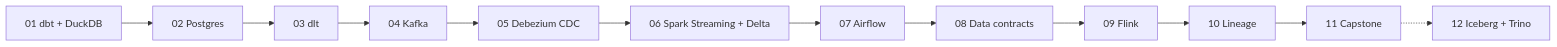
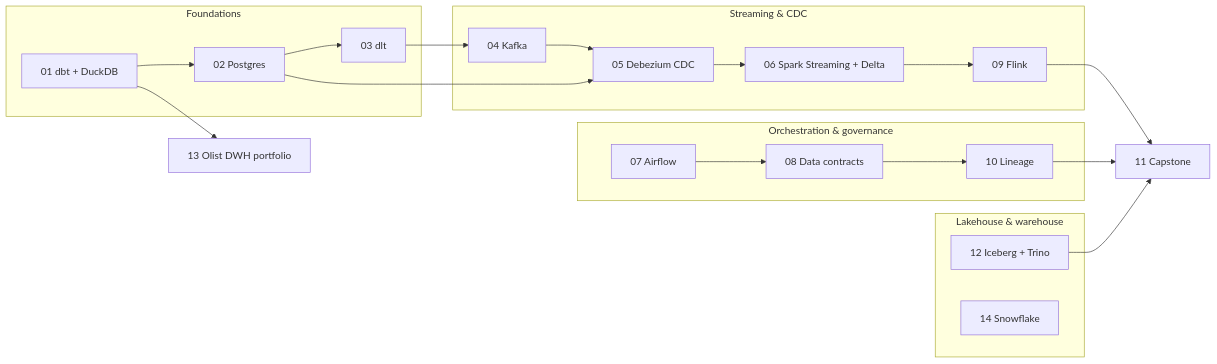
The diagram in README.md (lucasfazzib/data-engineering-lab), drawn with Mermaid before and after one commit. The commit also changed other lines of this file and 3 other files, not shown here.

````diff
--- a/README.md
+++ b/README.md
@@ -26,14 +44,23 @@
 ```mermaid
 flowchart LR
-    A[01 dbt + DuckDB] --> B[02 Postgres]
-    B --> C[03 dlt]
-    C --> D[04 Kafka]
-    D --> E[05 Debezium CDC]
-    E --> F[06 Spark Streaming + Delta]
-    F --> G[07 Airflow]
-    G --> H[08 Data contracts]
-    H --> I[09 Flink]
-    I --> J[10 Lineage]
-    J --> K[11 Capstone]
-    K -.-> L[12 Iceberg + Trino]
+    subgraph F["Foundations"]
+        A[01 dbt + DuckDB] --> B[02 Postgres] --> C[03 dlt]
+    end
+    subgraph S["Streaming & CDC"]
+        D[04 Kafka] --> E[05 Debezium CDC] --> G[06 Spark Streaming + Delta]
+        G --> I[09 Flink]
+    end
+    subgraph O["Orchestration & governance"]
+        H[07 Airflow] --> J[08 Data contracts] --> L[10 Lineage]
+    end
+    subgraph LH["Lakehouse & warehouse"]
+        M[12 Iceberg + Trino]
+        N[14 Snowflake]
+    end
+    C --> D
+    B --> E
+    I --> K[11 Capstone]
+    L --> K
+    A --> P[13 Olist DWH portfolio]
+    M --> K
 ```
````
